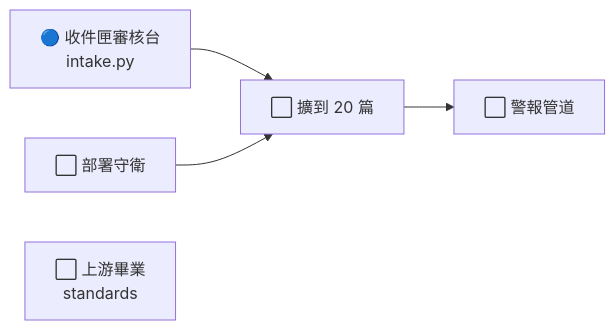
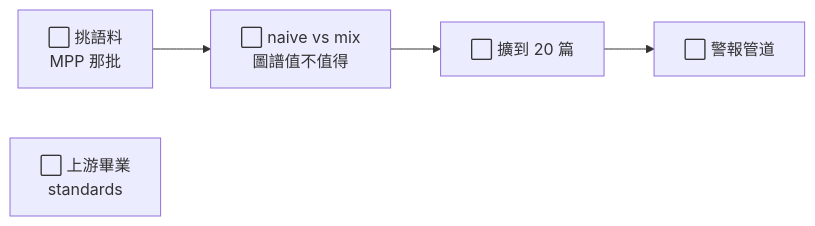
Before and after one commit to neknufelet/lightrag: the diagram in docs/NEXT.md, drawn with Mermaid. The commit also changed other lines of this file and 1 other file, not shown here.

First line of the commit message:
feat(intake): 收件匣審核台上線 —— 對新架構驗過並 enable

````diff
--- a/docs/NEXT.md
+++ b/docs/NEXT.md
@@ -34,7 +33,7 @@
 ```mermaid
 flowchart LR
-  I["🔵 收件匣審核台<br/>intake.py"] --> S["⬜ 擴到 20 篇"]
-  D["⬜ 部署守衛"] --> S
+  P["⬜ 挑語料<br/>MPP 那批"] --> E["⬜ naive vs mix<br/>圖譜值不值得"]
+  E --> S["⬜ 擴到 20 篇"]
   S --> A["⬜ 警報管道"]
   U["⬜ 上游畢業<br/>standards"]
 ```
````
